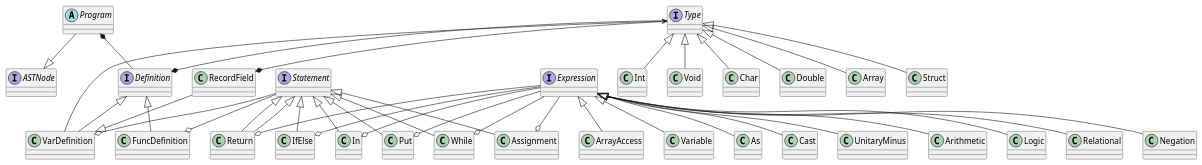
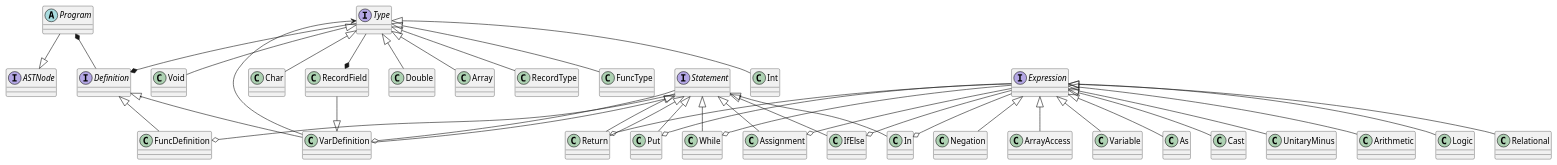
Before and after one commit to aitorllanos99/dlp-2020-2021: the diagram in docs/diagrams/ast.plantuml, drawn with PlantUML.

Commit message:
Changing types

```diff
--- a/docs/diagrams/ast.plantuml
+++ b/docs/diagrams/ast.plantuml
@@ -1,94 +1,99 @@
 @startuml AST
 
 interface ASTNode
 interface Statement
 abstract class Program
 interface Definition
 interface Expression
 interface Type
 class RecordField
 
 
 ' Definitions
 class VarDefinition
 class FuncDefinition
 
 ' Types
 class Int
 class Void
 class Char
 class Double
 class Array
-class Struct
+class RecordType
+class FuncType
 
 ' Statements
 class Assignment
 class IfElse
 class Return
 class In
 class Put
 class While
 
 ' Expressions
 class Cast
 class UnitaryMinus
 class Arithmetic
 class Logic
 class Relational
 class Negation
 class ArrayAccess
 class Variable
 class As
 
 'Main Relations
 Program --|> ASTNode
 Program *-- Definition
 Definition <|-- FuncDefinition
 Definition <|-- VarDefinition
 
+
+
+'Relation to Type
+Type <|-- Int
+Type <|-- Void
+Type <|-- Char
+Type <|-- Double
+Type <|-- Array
+Type <|-- RecordType
+Type <|-- FuncType
+Type --* RecordField
+RecordField --|> VarDefinition
+
+'Relation of Type
+Type <-- VarDefinition
+Type --* Definition
+
 ' Relations of Statement
 Statement --o FuncDefinition
 Statement --o VarDefinition
 
 ' Relations to Statement
 Statement <|-- Return
 Statement <|-- IfElse
 Statement <|--  Assignment
 Statement <|--  Put
 Statement <|--  In
 Statement <|--  While
 Statement <|--  Return
+Statement <|--  VarDefinition
 
 ' Relations of Expression
 Expression --o IfElse
 Expression --o Assignment
 Expression --o Put
 Expression --o In
 Expression --o While
 Expression --o Return
 
 ' Relations to Expression
 Expression <|-- Cast
 Expression <|-- UnitaryMinus
 Expression <|-- Arithmetic
 Expression <|-- Logic
 Expression <|-- Relational
 Expression <|-- Negation
 Expression <|-- ArrayAccess
 Expression <|-- Variable
 Expression <|-- As
-
-'Relation to Type
-Type <|-- Int
-Type <|-- Void
-Type <|-- Char
-Type <|-- Double
-Type <|-- Array
-Type <|-- Struct
-Type --* RecordField
-RecordField --|> VarDefinition
-
-'Relation of Type
-Type <-- VarDefinition
-Type --* Definition
 @enduml
```
